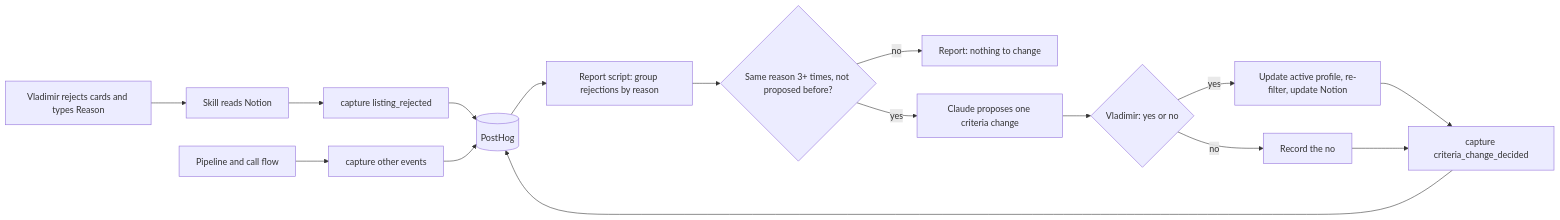
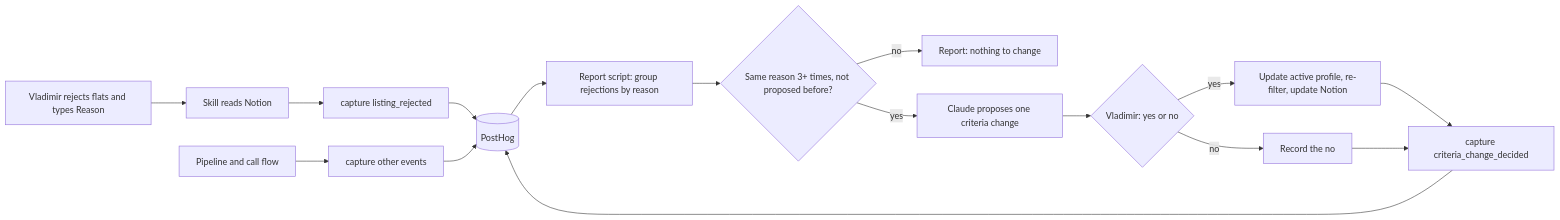
One commit to Skilux/domovoy changed the diagram in docs/prd/posthog.md. Above: the diagram before and after it, drawn with Mermaid. The commit also changed other lines of this file and 8 other files, not shown here.

````diff
--- a/docs/prd/posthog.md
+++ b/docs/prd/posthog.md
@@ -18,18 +18,18 @@
 ```mermaid
 flowchart LR
-  A[Vladimir rejects cards and types Reason] --> B[Skill reads Notion]
+  A[Vladimir rejects flats and types Reason] --> B[Skill reads Notion]
   B --> C[capture listing_rejected]
   P[Pipeline and call flow] --> C2[capture other events]
   C --> PH[(PostHog)]
   C2 --> PH
   PH --> R[Report script: group rejections by reason]
   R --> Q{Same reason 3+ times, not proposed before?}
   Q -- no --> Z[Report: nothing to change]
   Q -- yes --> S[Claude proposes one criteria change]
   S --> V{Vladimir: yes or no}
   V -- yes --> T[Update active profile, re-filter, update Notion]
   V -- no --> W[Record the no]
   T --> M[capture criteria_change_decided]
   W --> M
   M --> PH
 ```
````
